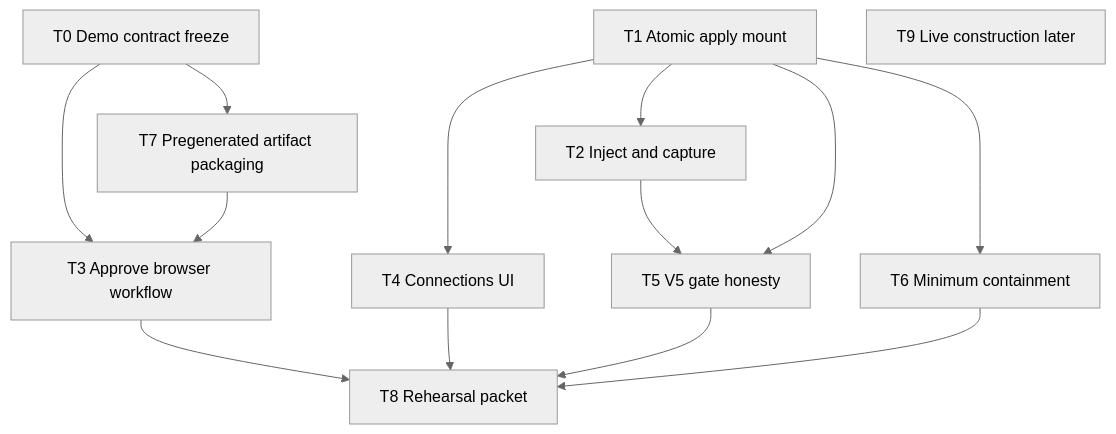
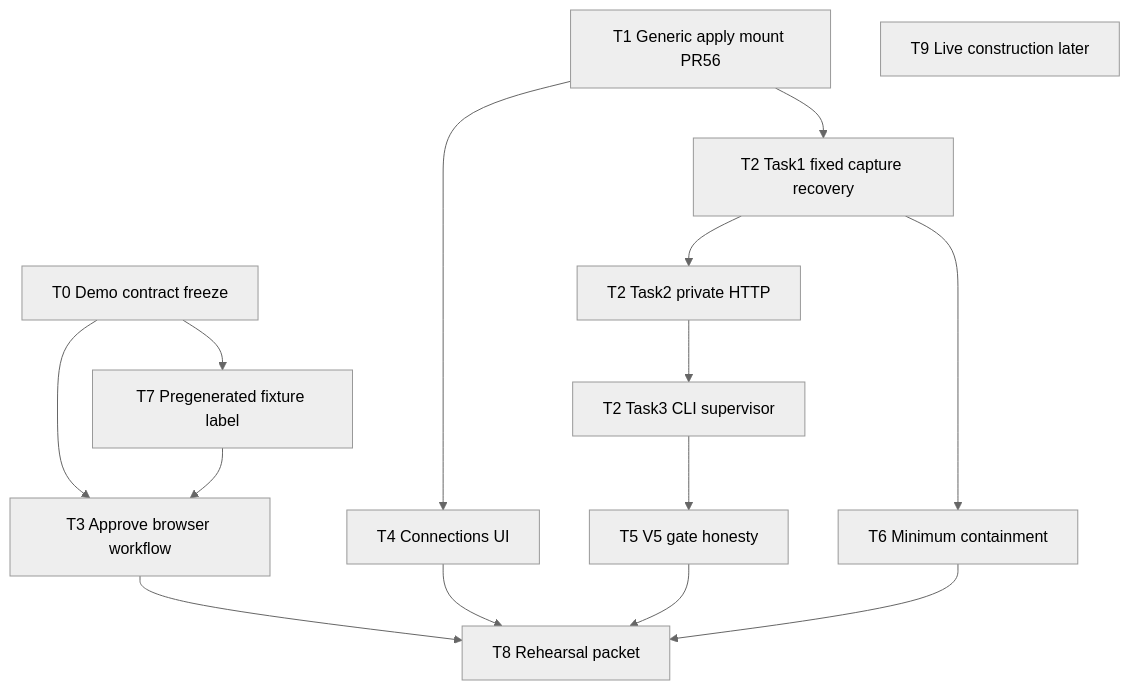
The diagram in docs/superpowers/plans/2026-11-10-demo-remaining-work.md (dxicheng007/EnterpriseAgenticPaymentResolution), drawn with Mermaid (neutral theme) before and after one commit. The commit also changed other lines of this file and 7 other files, not shown here.

````diff
--- a/docs/superpowers/plans/2026-11-10-demo-remaining-work.md
+++ b/docs/superpowers/plans/2026-11-10-demo-remaining-work.md
@@ -153,19 +166,22 @@
 ```mermaid
 flowchart TD
   T0[T0 Demo contract freeze]
-  T0 --> T7[T7 Pregenerated artifact packaging]
+  T0 --> T7[T7 Pregenerated fixture label]
   T0 --> T3[T3 Approve browser workflow]
   T7 --> T3
-  T1[T1 Atomic apply mount]
-  T2[T2 Inject and capture]
-  T1 --> T2
+  T1[T1 Generic apply mount PR56]
+  T2a[T2 Task1 fixed capture recovery]
+  T2b[T2 Task2 private HTTP]
+  T2c[T2 Task3 CLI supervisor]
+  T1 --> T2a
+  T2a --> T2b
+  T2b --> T2c
   T1 --> T4[T4 Connections UI]
-  T1 --> T6[T6 Minimum containment]
-  T2 --> T5[T5 V5 gate honesty]
-  T1 --> T5
+  T2a --> T6[T6 Minimum containment]
+  T2c --> T5[T5 V5 gate honesty]
   T3 --> T8[T8 Rehearsal packet]
   T4 --> T8
   T5 --> T8
   T6 --> T8
   T9[T9 Live construction later]
 ```
````
